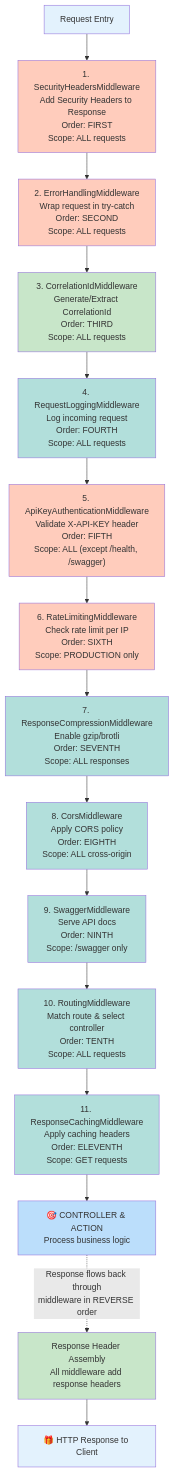
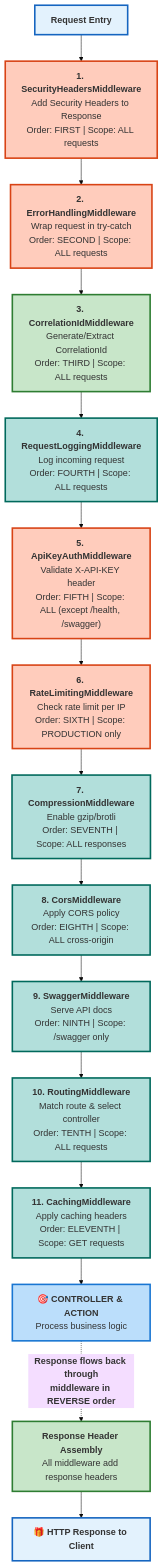
One commit to debdevops/servicehub changed the seventh of 12 diagrams in services/api/ARCHITECTURE.md. Above: the diagram before and after it, drawn with Mermaid. The commit also changed other lines of this file, not shown here.

````diff
--- a/services/api/ARCHITECTURE.md
+++ b/services/api/ARCHITECTURE.md
@@ -393,46 +387,47 @@
 ```mermaid
+%%{init: {'theme':'base', 'themeVariables': { 'fontSize':'17px'}}}%%
 graph TD
-    A["Request Entry"] --> B["1. SecurityHeadersMiddleware<br/>Add Security Headers to Response<br/>Order: FIRST<br/>Scope: ALL requests"]
+    A["<b>Request Entry</b>"] --> B["<b>1. SecurityHeadersMiddleware</b><br/>Add Security Headers to Response<br/>Order: FIRST | Scope: ALL requests"]
     
-    B --> C["2. ErrorHandlingMiddleware<br/>Wrap request in try-catch<br/>Order: SECOND<br/>Scope: ALL requests"]
+    B --> C["<b>2. ErrorHandlingMiddleware</b><br/>Wrap request in try-catch<br/>Order: SECOND | Scope: ALL requests"]
     
-    C --> D["3. CorrelationIdMiddleware<br/>Generate/Extract CorrelationId<br/>Order: THIRD<br/>Scope: ALL requests"]
+    C --> D["<b>3. CorrelationIdMiddleware</b><br/>Generate/Extract CorrelationId<br/>Order: THIRD | Scope: ALL requests"]
     
-    D --> E["4. RequestLoggingMiddleware<br/>Log incoming request<br/>Order: FOURTH<br/>Scope: ALL requests"]
+    D --> E["<b>4. RequestLoggingMiddleware</b><br/>Log incoming request<br/>Order: FOURTH | Scope: ALL requests"]
     
-    E --> F["5. ApiKeyAuthenticationMiddleware<br/>Validate X-API-KEY header<br/>Order: FIFTH<br/>Scope: ALL (except /health, /swagger)"]
+    E --> F["<b>5. ApiKeyAuthMiddleware</b><br/>Validate X-API-KEY header<br/>Order: FIFTH | Scope: ALL (except /health, /swagger)"]
     
-    F --> G["6. RateLimitingMiddleware<br/>Check rate limit per IP<br/>Order: SIXTH<br/>Scope: PRODUCTION only"]
+    F --> G["<b>6. RateLimitingMiddleware</b><br/>Check rate limit per IP<br/>Order: SIXTH | Scope: PRODUCTION only"]
     
-    G --> H["7. ResponseCompressionMiddleware<br/>Enable gzip/brotli<br/>Order: SEVENTH<br/>Scope: ALL responses"]
+    G --> H["<b>7. CompressionMiddleware</b><br/>Enable gzip/brotli<br/>Order: SEVENTH | Scope: ALL responses"]
     
-    H --> I["8. CorsMiddleware<br/>Apply CORS policy<br/>Order: EIGHTH<br/>Scope: ALL cross-origin"]
+    H --> I["<b>8. CorsMiddleware</b><br/>Apply CORS policy<br/>Order: EIGHTH | Scope: ALL cross-origin"]
     
-    I --> J["9. SwaggerMiddleware<br/>Serve API docs<br/>Order: NINTH<br/>Scope: /swagger only"]
+    I --> J["<b>9. SwaggerMiddleware</b><br/>Serve API docs<br/>Order: NINTH | Scope: /swagger only"]
     
-    J --> K["10. RoutingMiddleware<br/>Match route & select controller<br/>Order: TENTH<br/>Scope: ALL requests"]
+    J --> K["<b>10. RoutingMiddleware</b><br/>Match route & select controller<br/>Order: TENTH | Scope: ALL requests"]
     
-    K --> L["11. ResponseCachingMiddleware<br/>Apply caching headers<br/>Order: ELEVENTH<br/>Scope: GET requests"]
+    K --> L["<b>11. CachingMiddleware</b><br/>Apply caching headers<br/>Order: ELEVENTH | Scope: GET requests"]
     
-    L --> M["🎯 CONTROLLER & ACTION<br/>Process business logic"]
+    L --> M["🎯 <b>CONTROLLER & ACTION</b><br/>Process business logic"]
     
-    M -.->|"Response flows back through<br/>middleware in REVERSE order"| N["Response Header Assembly<br/>All middleware add response headers"]
+    M -.->|"<b>Response flows back through<br/>middleware in REVERSE order</b>"| N["<b>Response Header Assembly</b><br/>All middleware add response headers"]
     
-    N --> O["🎁 HTTP Response to Client"]
+    N --> O["🎁 <b>HTTP Response to Client</b>"]
 
-    style A fill:#e3f2fd
-    style B fill:#ffccbc
-    style C fill:#ffccbc
-    style D fill:#c8e6c9
-    style E fill:#b2dfdb
-    style F fill:#ffccbc
-    style G fill:#ffccbc
-    style H fill:#b2dfdb
-    style I fill:#b2dfdb
-    style J fill:#b2dfdb
-    style K fill:#b2dfdb
-    style L fill:#b2dfdb
-    style M fill:#bbdefb
-    style N fill:#c8e6c9
-    style O fill:#e3f2fd
+    style A fill:#e3f2fd,stroke:#1565c0,stroke-width:3px
+    style B fill:#ffccbc,stroke:#d84315,stroke-width:3px
+    style C fill:#ffccbc,stroke:#d84315,stroke-width:3px
+    style D fill:#c8e6c9,stroke:#2e7d32,stroke-width:3px
+    style E fill:#b2dfdb,stroke:#00695c,stroke-width:3px
+    style F fill:#ffccbc,stroke:#d84315,stroke-width:3px
+    style G fill:#ffccbc,stroke:#d84315,stroke-width:3px
+    style H fill:#b2dfdb,stroke:#00695c,stroke-width:3px
+    style I fill:#b2dfdb,stroke:#00695c,stroke-width:3px
+    style J fill:#b2dfdb,stroke:#00695c,stroke-width:3px
+    style K fill:#b2dfdb,stroke:#00695c,stroke-width:3px
+    style L fill:#b2dfdb,stroke:#00695c,stroke-width:3px
+    style M fill:#bbdefb,stroke:#1976d2,stroke-width:3px
+    style N fill:#c8e6c9,stroke:#2e7d32,stroke-width:3px
+    style O fill:#e3f2fd,stroke:#1565c0,stroke-width:3px
 ```
````
